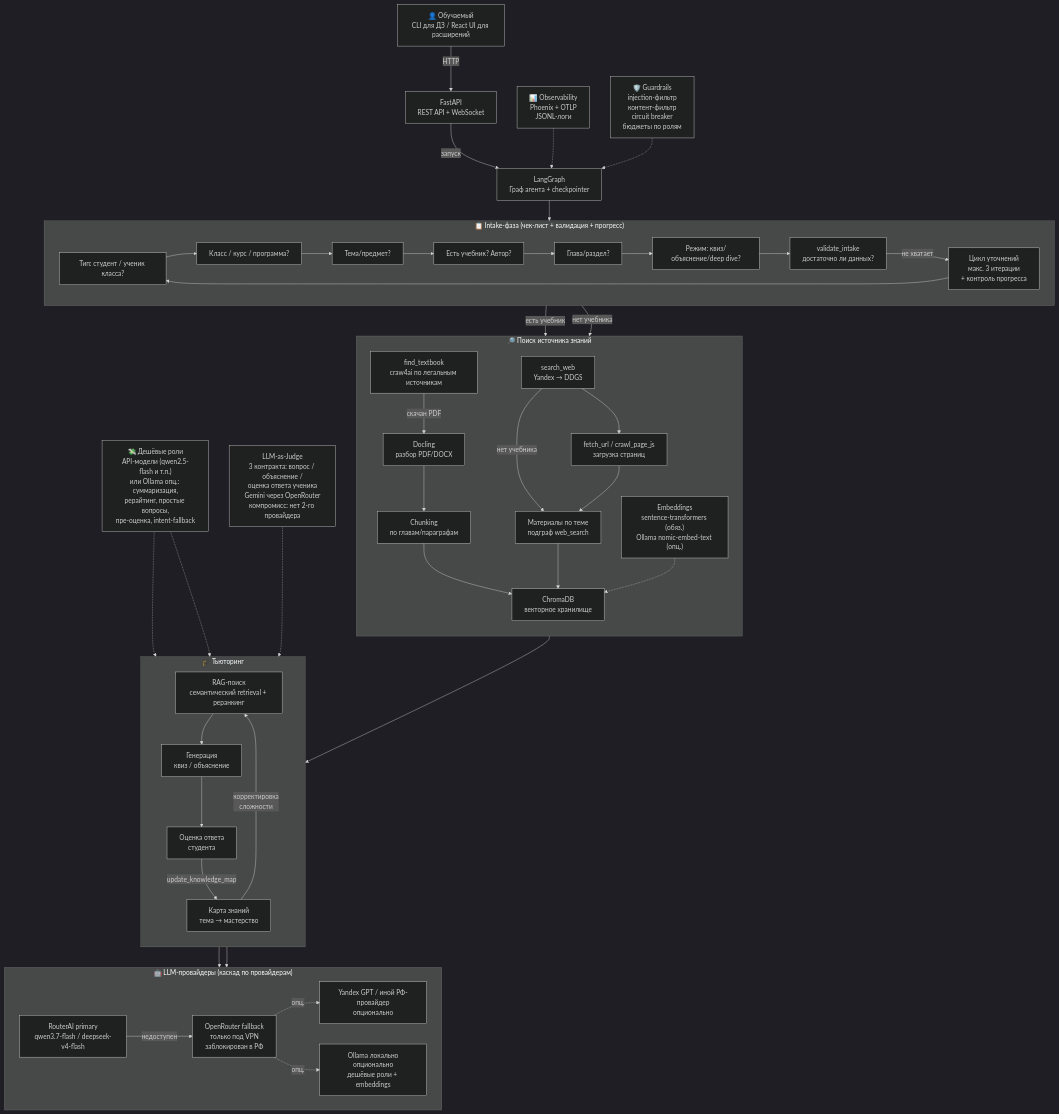
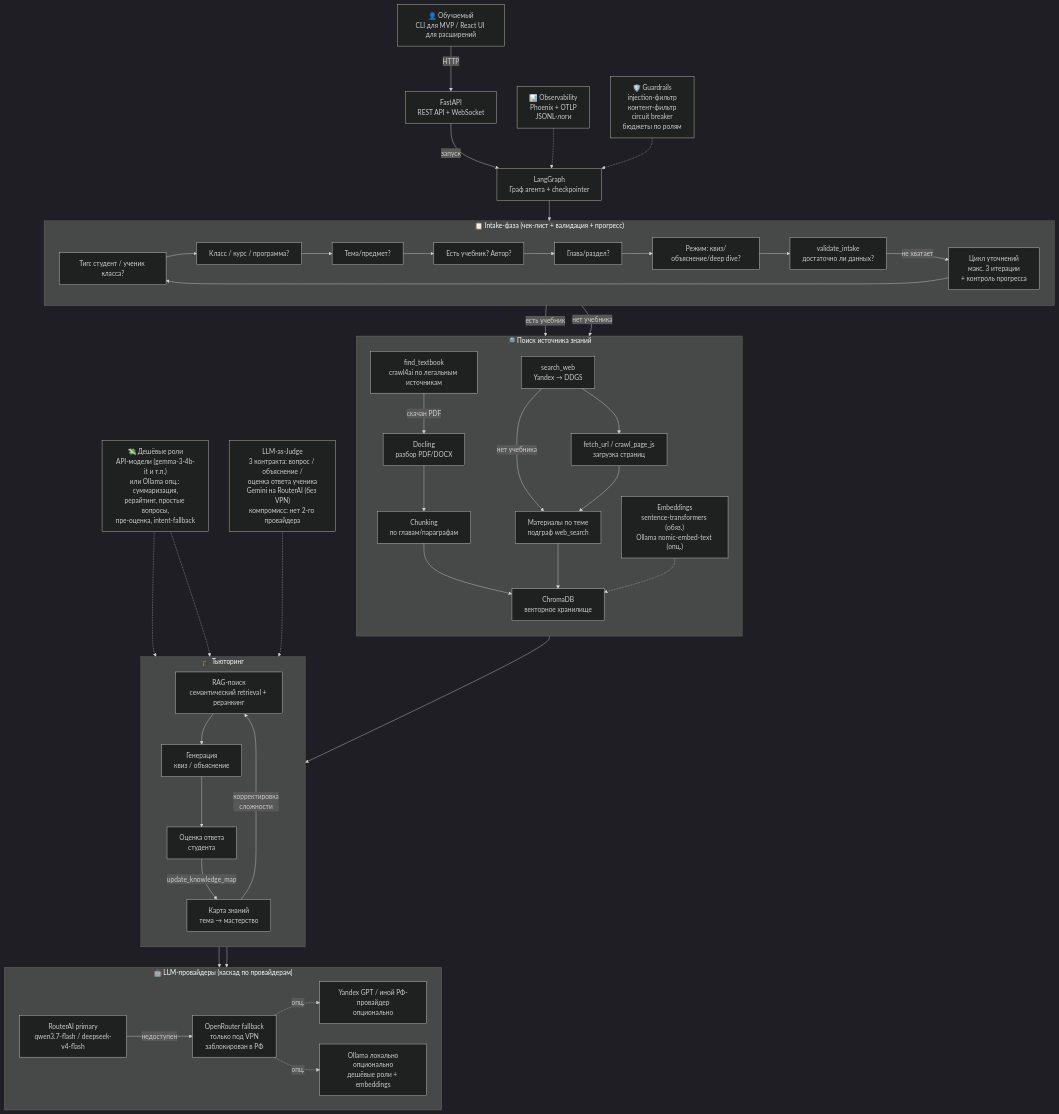
The first of 2 diagrams in SPECIFICATION.md (pytanya/project_work), drawn with Mermaid (dark theme) before and after one commit. The commit also changed other lines of this file and 54 other files, not shown here.

````diff
--- a/SPECIFICATION.md
+++ b/SPECIFICATION.md
@@ -40,64 +40,64 @@
 ```mermaid
 flowchart TD
-    USER["👤 Обучаемый<br/>CLI для ДЗ / React UI для расширений"] -->|HTTP| API["FastAPI<br/>REST API + WebSocket"]
+    USER["👤 Обучаемый<br/>CLI для MVP / React UI для расширений"] -->|HTTP| API["FastAPI<br/>REST API + WebSocket"]
     API -->|запуск| GRAPH["LangGraph<br/>Граф агента + checkpointer"]
 
     subgraph INTAKE["📋 Intake-фаза (чек-лист + валидация + прогресс)"]
         direction LR
         Q1["Тип: студент / ученик класса?"]
         Q2["Класс / курс / программа?"]
         Q3["Тема/предмет?"]
         Q4["Есть учебник? Автор?"]
         Q5["Глава/раздел?"]
         Q6["Режим: квиз/объяснение/deep dive?"]
         Q1 --> Q2 --> Q3 --> Q4 --> Q5 --> Q6
         VALIDATE["validate_intake<br/>достаточно ли данных?"]
         Q6 --> VALIDATE
         VALIDATE -->|"не хватает"| ASK["Цикл уточнений<br/>макс. 3 итерации<br/>+ контроль прогресса"]
         ASK --> Q1
     end
     GRAPH --> INTAKE
 
     subgraph SOURCE["🔎 Поиск источника знаний"]
         direction TB
         DOC["Docling<br/>разбор PDF/DOCX"] --> CHUNK["Chunking<br/>по главам/параграфам"]
-        FIND["find_textbook<br/>craw4ai по легальным источникам"] -->|"скачан PDF"| DOC
+        FIND["find_textbook<br/>crawl4ai по легальным источникам"] -->|"скачан PDF"| DOC
         SEARCH["search_web<br/>Yandex → DDGS"] --> FETCH["fetch_url / crawl_page_js<br/>загрузка страниц"]
         SEARCH -->|"нет учебника"| MAT["Материалы по теме<br/>подграф web_search"]
         CHUNK --> VDB["ChromaDB<br/>векторное хранилище"]
         FETCH --> MAT --> VDB
         EMB["Embeddings<br/>sentence-transformers (обяз.)<br/>Ollama nomic-embed-text (опц.)"] -.-> VDB
     end
     INTAKE -->|"есть учебник"| DOC
     INTAKE -->|"нет учебника"| FIND
 
     subgraph TUTOR["🎓 Тьюторинг"]
         direction TB
         RAG["RAG-поиск<br/>семантический retrieval + реранкинг"] --> GEN["Генерация<br/>квиз / объяснение"]
         GEN --> EVAL["Оценка ответа<br/>студента"]
         EVAL -->|"update_knowledge_map"| KM["Карта знаний<br/>тема → мастерство"]
         KM -->|"корректировка<br/>сложности"| RAG
     end
     VDB --> RAG
 
     subgraph LLM["🤖 LLM-провайдеры (каскад по провайдерам)"]
         direction LR
         L1["RouterAI primary<br/>qwen3.7-flash / deepseek-v4-flash"]
         L2["OpenRouter fallback<br/>только под VPN<br/>заблокирован в РФ"]
         L3["Yandex GPT / иной РФ-провайдер<br/>опционально"]
         L4["Ollama локально<br/>опционально<br/>дешёвые роли + embeddings"]
         L1 -->|недоступен| L2
         L2 -.->|опц.| L3
         L2 -.->|опц.| L4
     end
     GEN --> LLM
     EVAL --> LLM
 
-    CHEAP["💸 Дешёвые роли<br/>API-модели (qwen2.5-flash и т.п.)<br/>или Ollama опц.: суммаризация,<br/>рерайтинг, простые вопросы,<br/>пре-оценка, intent-fallback"] -.-> RAG
+    CHEAP["💸 Дешёвые роли<br/>API-модели (gemma-3-4b-it и т.п.)<br/>или Ollama опц.: суммаризация,<br/>рерайтинг, простые вопросы,<br/>пре-оценка, intent-fallback"] -.-> RAG
     CHEAP -.-> GEN
 
-    JUDGE["LLM-as-Judge<br/>3 контракта: вопрос / объяснение /<br/>оценка ответа ученика<br/>Gemini через OpenRouter<br/>компромисс: нет 2-го провайдера"] -.-> GEN
+    JUDGE["LLM-as-Judge<br/>3 контракта: вопрос / объяснение /<br/>оценка ответа ученика<br/>Gemini на RouterAI (без VPN)<br/>компромисс: нет 2-го провайдера"] -.-> GEN
 
     OBS["📊 Observability<br/>Phoenix + OTLP<br/>JSONL-логи"] -.-> GRAPH
     GR["🛡️ Guardrails<br/>injection-фильтр<br/>контент-фильтр<br/>circuit breaker<br/>бюджеты по ролям"] -.-> GRAPH
 ```
````
